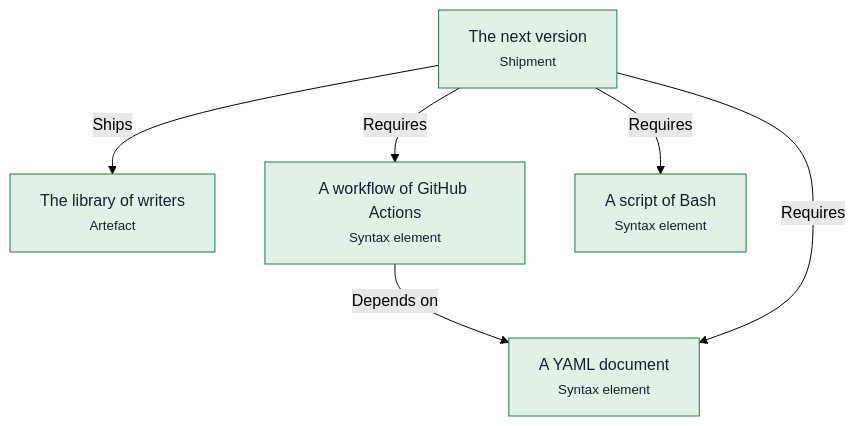
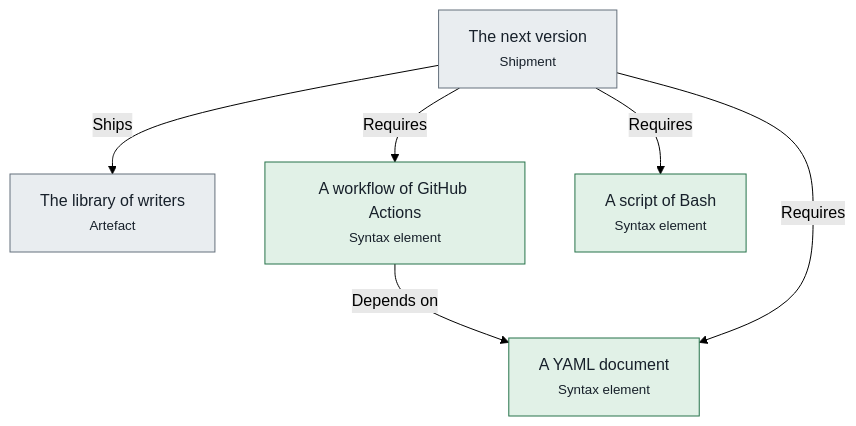
Before and after one commit to advancedcognitivesystems-ai/trame: the diagram in ci/docs/pipelines.md, drawn with Mermaid (forest theme). The commit also changed other lines of this file and 77 other files, not shown here.

````diff
--- a/ci/docs/pipelines.md
+++ b/ci/docs/pipelines.md
@@ -13,18 +13,18 @@
 ```mermaid
 flowchart TB
-  n0["The library of writers<br/><small>Artefact</small>"]:::held
+  n0["The library of writers<br/><small>Artefact</small>"]:::unknown
   n1["A workflow of GitHub Actions<br/><small>Syntax element</small>"]:::held
   n2["A script of Bash<br/><small>Syntax element</small>"]:::held
   n3["A YAML document<br/><small>Syntax element</small>"]:::held
-  n4["The next version<br/><small>Shipment</small>"]:::held
+  n4["The next version<br/><small>Shipment</small>"]:::unknown
   n1 -->|Depends on| n3
   n4 -->|Ships| n0
   n4 -->|Requires| n3
   n4 -->|Requires| n2
   n4 -->|Requires| n1
   classDef held fill:#e1f1e7,stroke:#26734a,color:#17202a
   classDef blocked fill:#fbf0d9,stroke:#9a6200,color:#17202a
   classDef violated fill:#f9e3e1,stroke:#ad2a22,color:#17202a
   classDef unknown fill:#e9edf0,stroke:#65707c,color:#17202a
   classDef neutral fill:#ffffff,stroke:#5a6672,color:#17202a
 ```
````
